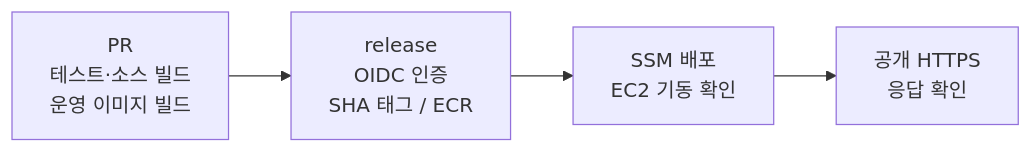
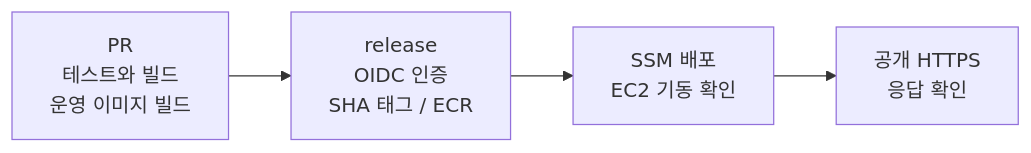
Before and after one commit to yuyeol3/backend-portfolio: the third of 4 diagrams in README.md, drawn with Mermaid. The commit also changed other lines of this file, not shown here.

````diff
--- a/README.md
+++ b/README.md
@@ -116,6 +110,6 @@
 ```mermaid
 flowchart LR
-    A["PR<br/>테스트·소스 빌드<br/>운영 이미지 빌드"] --> B["release<br/>OIDC 인증<br/>SHA 태그 / ECR"]
+    A["PR<br/>테스트와 빌드<br/>운영 이미지 빌드"] --> B["release<br/>OIDC 인증<br/>SHA 태그 / ECR"]
     B --> C["SSM 배포<br/>EC2 기동 확인"]
     C --> D["공개 HTTPS<br/>응답 확인"]
 ```
````
